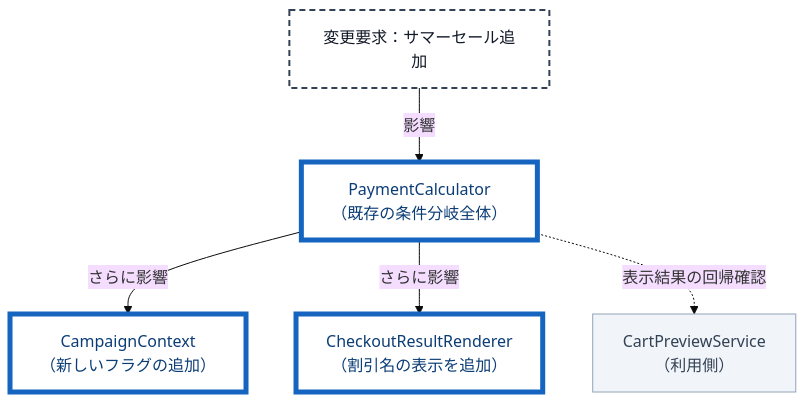
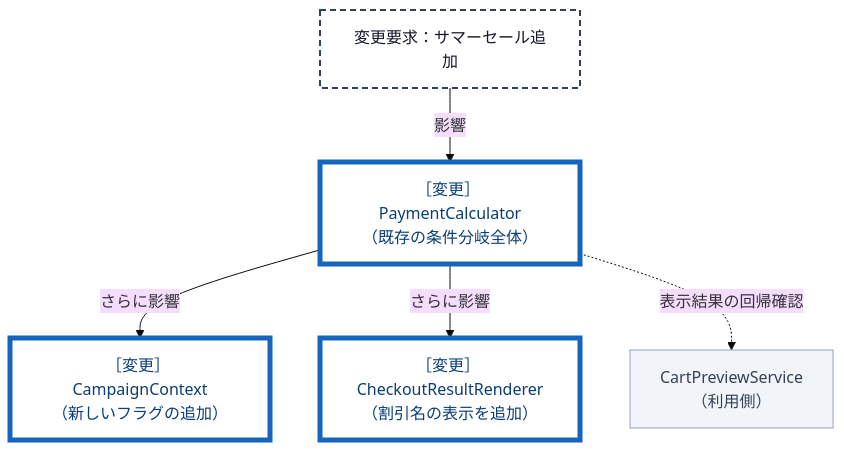
One commit to kumachan1101-pixel/DesignPattern changed the sixth of 16 diagrams in kindle/design-patterns/books/volume01-core-patterns/output/03-chapter01.md. Above: the diagram before and after it, drawn with Mermaid (base theme). The commit also changed other lines of this file and 40 other files, not shown here.

````diff
--- a/kindle/design-patterns/books/volume01-core-patterns/output/03-chapter01.md
+++ b/kindle/design-patterns/books/volume01-core-patterns/output/03-chapter01.md
@@ -1250,12 +1250,12 @@
 ```mermaid
 graph TD
     T1["変更要求：サマーセール追加"]:::req
-        -->|影響| A["PaymentCalculator<br>（既存の条件分岐全体）"]:::touched
-    A -->|さらに影響| B["CampaignContext<br>（新しいフラグの追加）"]:::touched
-    A -->|さらに影響| D["CheckoutResultRenderer<br>（割引名の表示を追加）"]:::touched
+        -->|影響| A["［変更］ PaymentCalculator<br>（既存の条件分岐全体）"]:::touched
+    A -->|さらに影響| B["［変更］ CampaignContext<br>（新しいフラグの追加）"]:::touched
+    A -->|さらに影響| D["［変更］ CheckoutResultRenderer<br>（割引名の表示を追加）"]:::touched
     A -.->|表示結果の回帰確認| C["CartPreviewService<br>（利用側）"]:::keep
 
     classDef req fill:#ffffff,stroke:#334155,stroke-width:2px,stroke-dasharray:6 4,color:#111827;
     classDef keep fill:#f1f5f9,stroke:#94a3b8,color:#334155;
     classDef touched fill:#ffffff,stroke:#1565c0,stroke-width:5px,color:#0b3d76;
 ```
````
